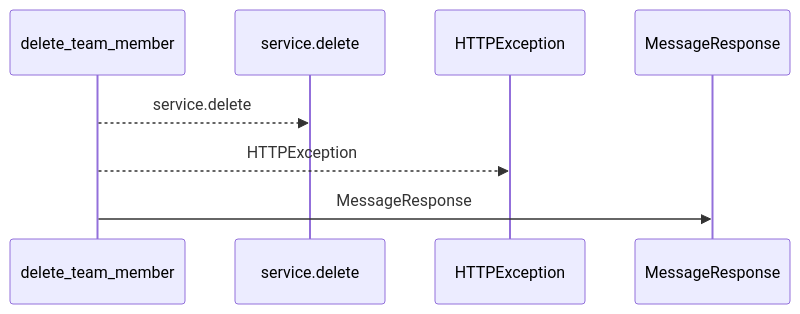
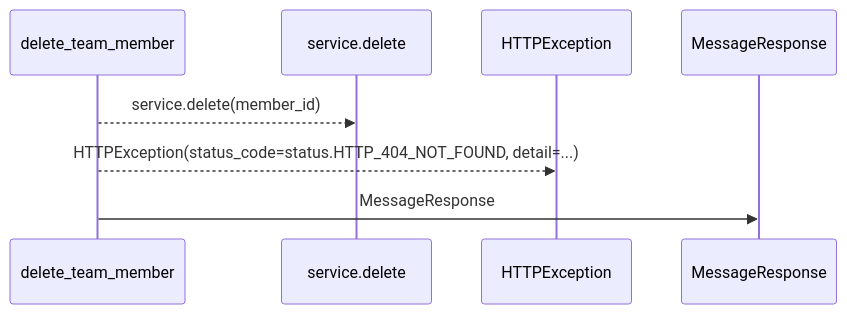
One commit to Denissvgn/WorkChord changed the first of 2 diagrams in docs/llm_wiki/flows/http-delete_team_member.md. Above: the diagram before and after it, drawn with Mermaid. The commit also changed other lines of this file and 25171 other files, not shown here.

````diff
--- a/docs/llm_wiki/flows/http-delete_team_member.md
+++ b/docs/llm_wiki/flows/http-delete_team_member.md
@@ -10,10 +12,10 @@
 ```mermaid
 sequenceDiagram
     participant p0 as delete_team_member
     participant p1 as service.delete
     participant p2 as HTTPException
     participant p3 as MessageResponse
-    p0-->>p1: service.delete
-    p0-->>p2: HTTPException
+    p0-->>p1: service.delete(member_id)
+    p0-->>p2: HTTPException(status_code=status.HTTP_404_NOT_FOUND, detail=...)
     p0->>p3: MessageResponse
 ```
````
